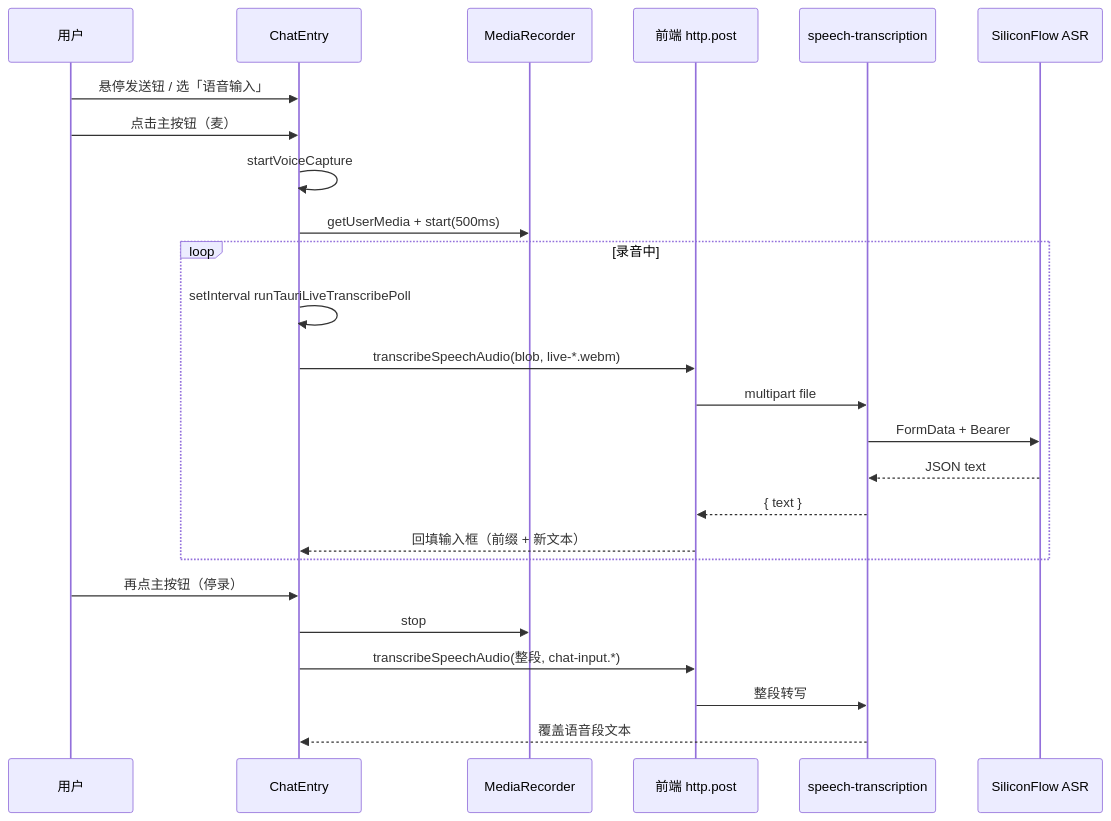
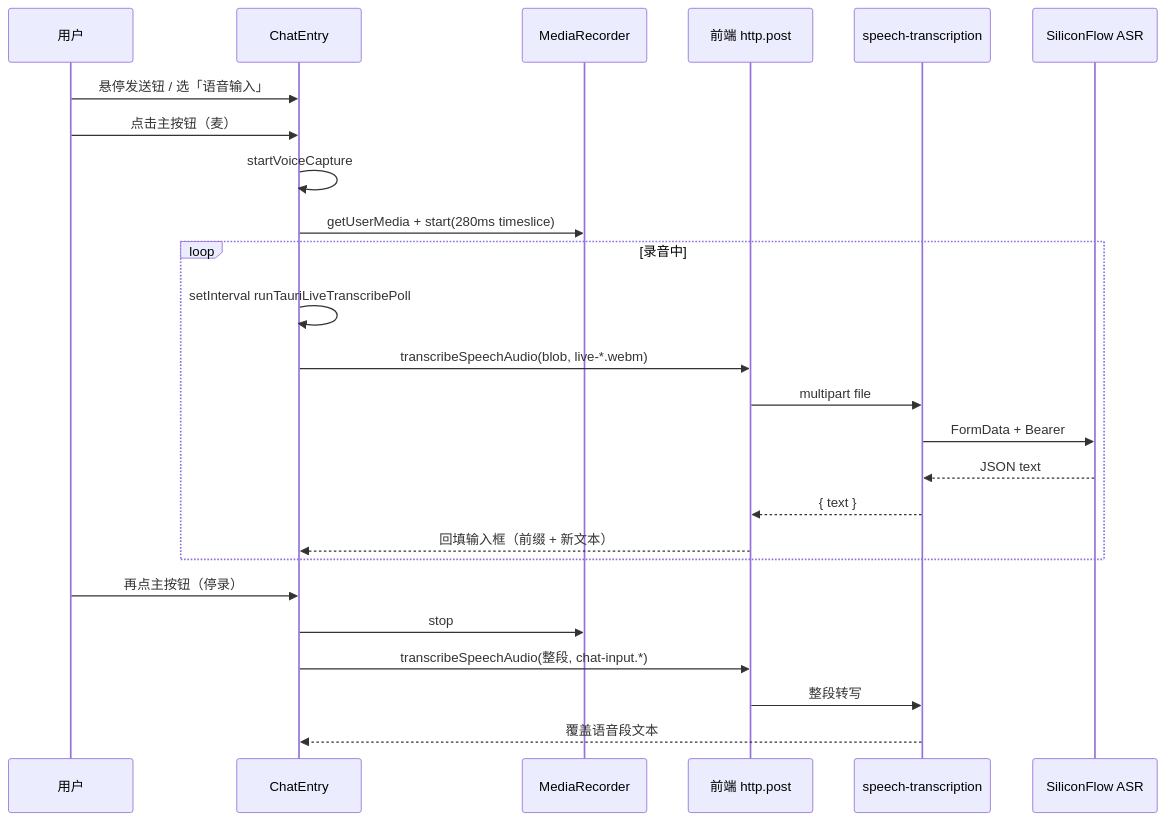
The diagram in docs/frontend/voice-input-implementation.md (dnhyxc/dnhyxc-ai), drawn with Mermaid before and after one commit. The commit also changed other lines of this file and 4 other files, not shown here.

````diff
--- a/docs/frontend/voice-input-implementation.md
+++ b/docs/frontend/voice-input-implementation.md
@@ -22,28 +22,28 @@
 ```mermaid
 sequenceDiagram
 	participant U as 用户
 	participant CE as ChatEntry
 	participant MR as MediaRecorder
 	participant API as 前端 http.post
 	participant BE as speech-transcription
 	participant SF as SiliconFlow ASR
 
 	U->>CE: 悬停发送钮 / 选「语音输入」
 	U->>CE: 点击主按钮（麦）
 	CE->>CE: startVoiceCapture
-	CE->>MR: getUserMedia + start(500ms)
+	CE->>MR: getUserMedia + start(280ms timeslice)
 	loop 录音中
 		CE->>CE: setInterval runTauriLiveTranscribePoll
 		CE->>API: transcribeSpeechAudio(blob, live-*.webm)
 		API->>BE: multipart file
 		BE->>SF: FormData + Bearer
 		SF-->>BE: JSON text
 		BE-->>API: { text }
 		API-->>CE: 回填输入框（前缀 + 新文本）
 	end
 	U->>CE: 再点主按钮（停录）
 	CE->>MR: stop
 	CE->>API: transcribeSpeechAudio(整段, chat-input.*)
 	API->>BE: 整段转写
 	BE-->>CE: 覆盖语音段文本
 ```
````
